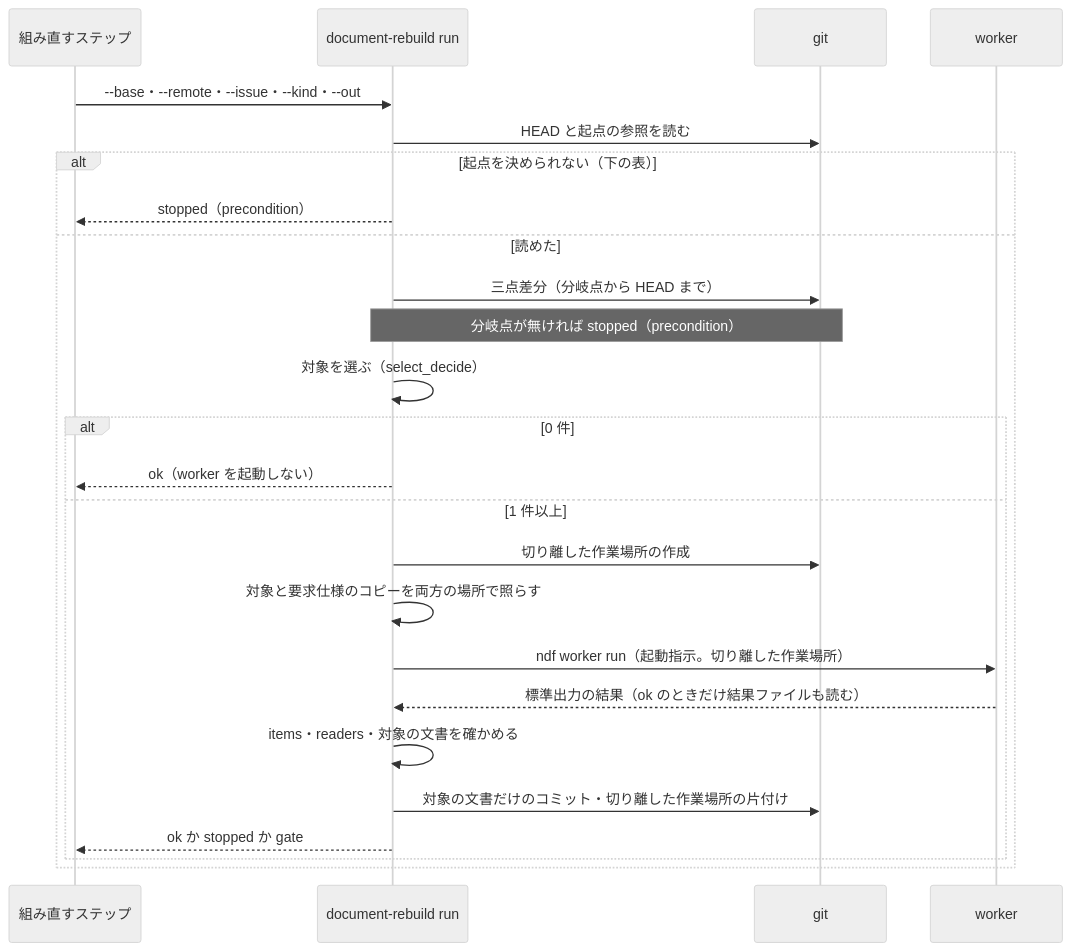
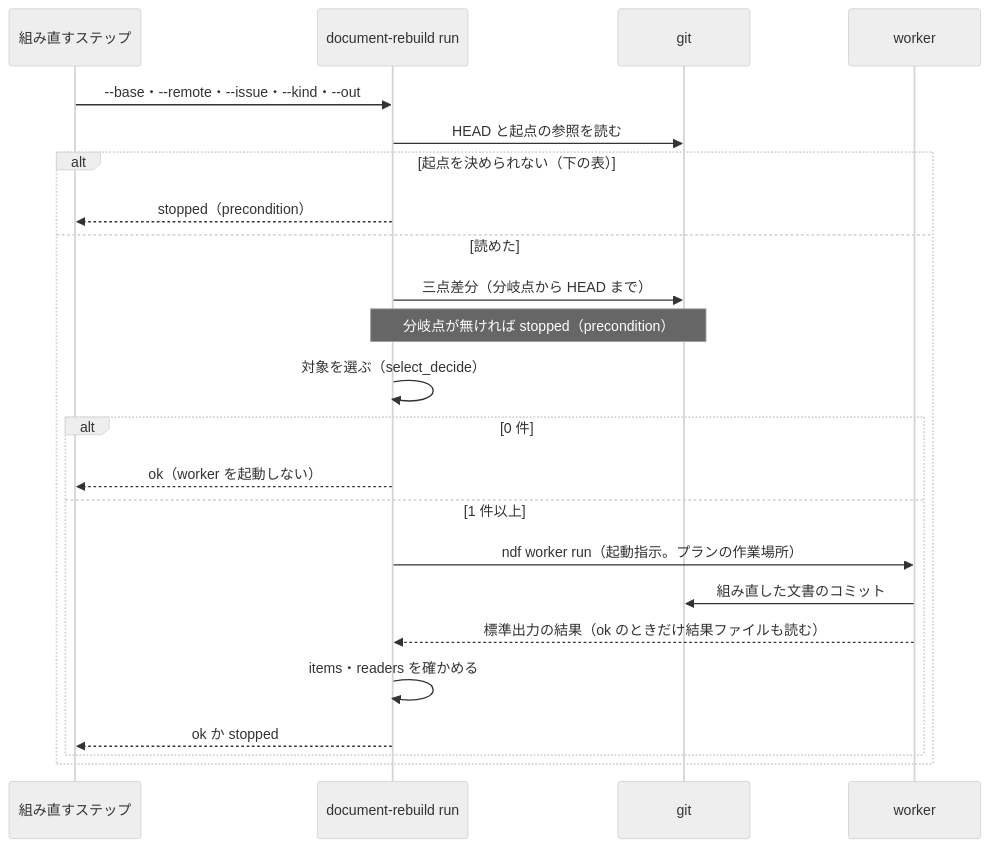
Before and after one commit to devbasex/ai-plugins: the fourth of 4 diagrams in issues/issue-4337-design.md, drawn with Mermaid (neutral theme). The commit also changed other lines of this file, not shown here.

````diff
--- a/issues/issue-4337-design.md
+++ b/issues/issue-4337-design.md
@@ -330,27 +238,25 @@
 ```mermaid
 sequenceDiagram
     participant S as 組み直すステップ
     participant R as document-rebuild run
     participant G as git
     participant W as worker
     S->>R: --base・--remote・--issue・--kind・--out
     R->>G: HEAD と起点の参照を読む
     alt 起点を決められない（下の表）
         R-->>S: stopped（precondition）
     else 読めた
         R->>G: 三点差分（分岐点から HEAD まで）
         Note over R,G: 分岐点が無ければ stopped（precondition）
         R->>R: 対象を選ぶ（select_decide）
         alt 0 件
             R-->>S: ok（worker を起動しない）
         else 1 件以上
-            R->>G: 切り離した作業場所の作成
-            R->>R: 対象と要求仕様のコピーを両方の場所で照らす
-            R->>W: ndf worker run（起動指示。切り離した作業場所）
+            R->>W: ndf worker run（起動指示。プランの作業場所）
+            W->>G: 組み直した文書のコミット
             W-->>R: 標準出力の結果（ok のときだけ結果ファイルも読む）
-            R->>R: items・readers・対象の文書を確かめる
-            R->>G: 対象の文書だけのコミット・切り離した作業場所の片付け
-            R-->>S: ok か stopped か gate
+            R->>R: items・readers を確かめる
+            R-->>S: ok か stopped
         end
     end
 ```
````
